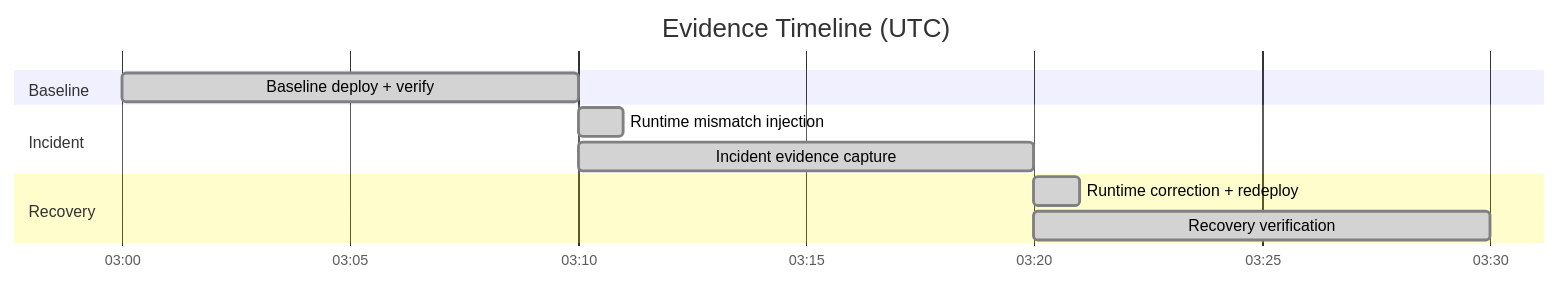
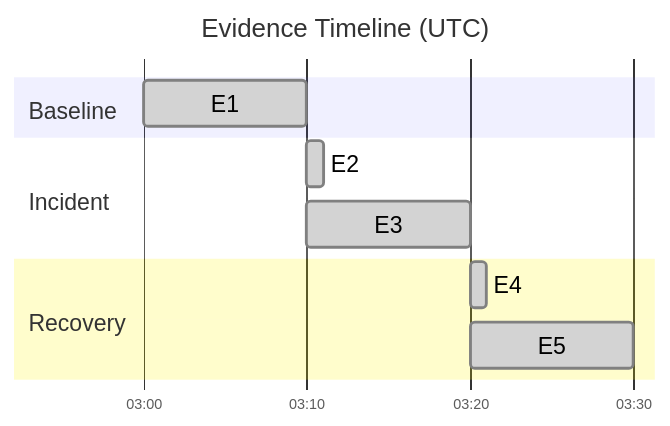
One commit to yeongseon/azure-functions-practical-guide changed the fifth of 5 diagrams in docs/troubleshooting/lab-guides/deployment-not-running.md. Above: the diagram before and after it, drawn with Mermaid. The commit also changed other lines of this file, not shown here.

First line of the commit message:
docs(diagrams): improve deployment startup diagnostic figures

````diff
--- a/docs/troubleshooting/lab-guides/deployment-not-running.md
+++ b/docs/troubleshooting/lab-guides/deployment-not-running.md
@@ -896,14 +925,18 @@
 ```mermaid
+%%{init: {'gantt': {'useWidth': 460, 'leftPadding': 90, 'rightPadding': 30, 'fontSize': 16, 'sectionFontSize': 16, 'barHeight': 32, 'barGap': 10, 'topPadding': 55}, 'themeCSS': '.grid .tick text { font-size: 16px !important; }'}}%%
 gantt
+    accTitle: Historical walkthrough evidence windows
+    accDescr: UTC windows copied from the historical walkthrough: baseline deploy and verify at 03:00 for ten minutes; runtime mismatch injection at 03:10 for one minute and incident capture for ten minutes; runtime correction and redeploy at 03:20 for one minute and recovery verification for ten minutes. Done markers preserve the existing model, not new Golden validation.
     title Evidence Timeline (UTC)
     dateFormat  HH:mm
     axisFormat  %H:%M
+    tickInterval 10minute
     section Baseline
-    Baseline deploy + verify            :done, e1, 03:00, 10m
+    E1                                  :done, e1, 03:00, 10m
     section Incident
-    Runtime mismatch injection          :done, e2, 03:10, 1m
-    Incident evidence capture           :done, e3, 03:10, 10m
+    E2                                  :done, e2, 03:10, 1m
+    E3                                  :done, e3, 03:10, 10m
     section Recovery
-    Runtime correction + redeploy       :done, e4, 03:20, 1m
-    Recovery verification               :done, e5, 03:20, 10m
+    E4                                  :done, e4, 03:20, 1m
+    E5                                  :done, e5, 03:20, 10m
 ```
````
